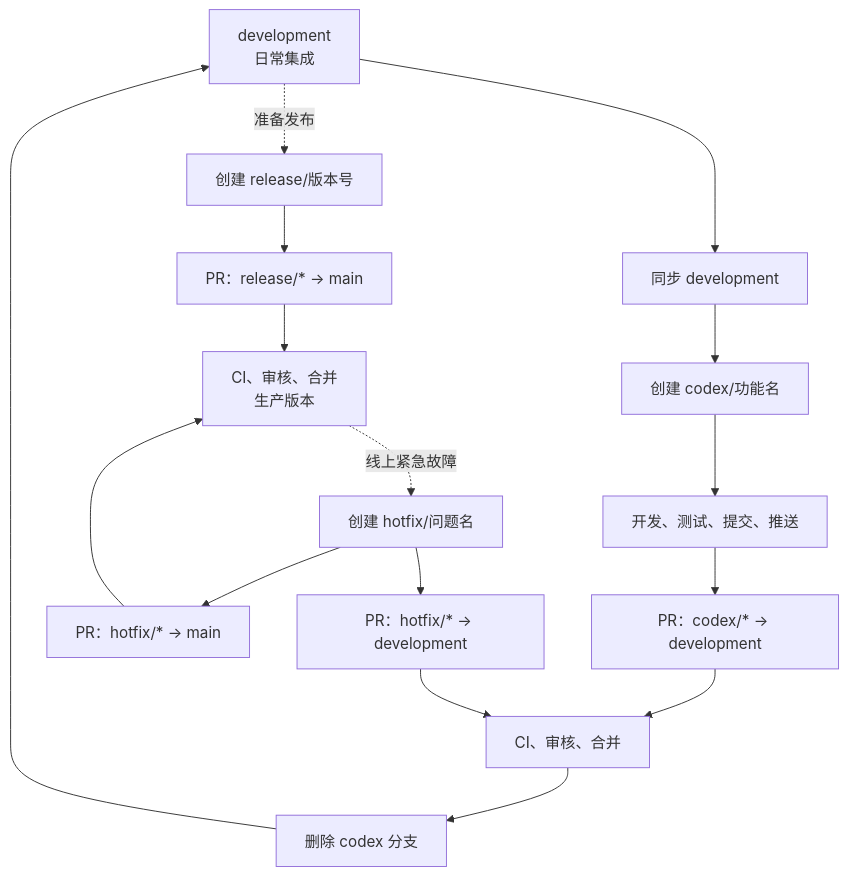
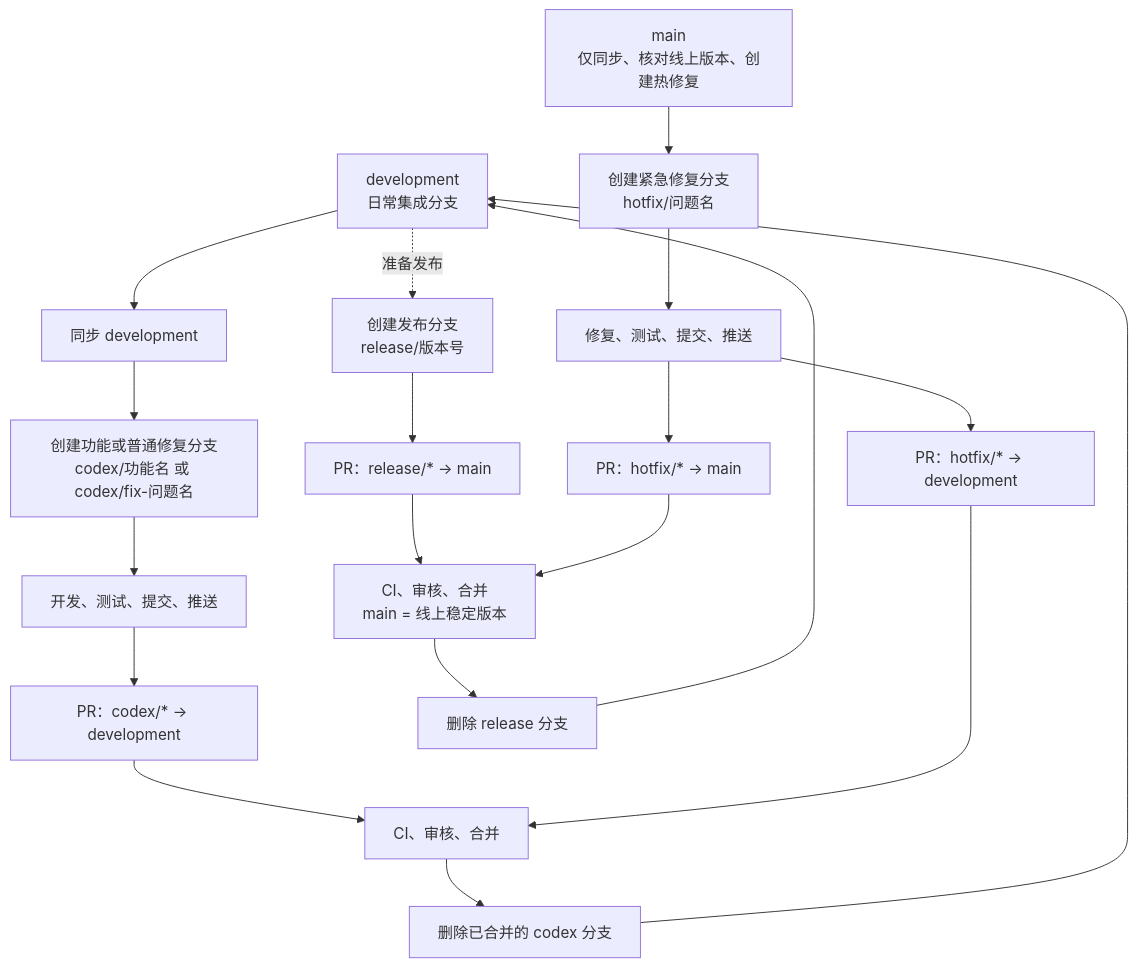
The first of 3 diagrams in docs/git-workflow.md (henuymy/auto_prefect), drawn with Mermaid before and after one commit. The commit also changed other lines of this file and 83 other files, not shown here.

````diff
--- a/docs/git-workflow.md
+++ b/docs/git-workflow.md
@@ -19,20 +19,23 @@
 ```mermaid
 flowchart TD
-    DEV["development\n日常集成"] --> SYNC["同步 development"]
-    SYNC --> CODEX["创建 codex/功能名"]
-    CODEX --> WORK["开发、测试、提交、推送"]
-    WORK --> PRDEV["PR：codex/* → development"]
-    PRDEV --> MERGEDEV["CI、审核、合并"]
-    MERGEDEV --> CLEAN["删除 codex 分支"]
-    CLEAN --> DEV
+    DEV["development<br/>日常集成分支"] --> SYNC["同步 development"]
+    SYNC --> FEATURE["创建功能或普通修复分支<br/>codex/功能名 或 codex/fix-问题名"]
+    FEATURE --> WORK["开发、测试、提交、推送"]
+    WORK --> PR_DEV["PR：codex/* → development"]
+    PR_DEV --> MERGE_DEV["CI、审核、合并"]
+    MERGE_DEV --> CLEAN_FEATURE["删除已合并的 codex 分支"]
+    CLEAN_FEATURE --> DEV
 
-    DEV -. "准备发布" .-> RELEASE["创建 release/版本号"]
-    RELEASE --> PRMAIN["PR：release/* → main"]
-    PRMAIN --> MAIN["CI、审核、合并\n生产版本"]
+    DEV -. "准备发布" .-> RELEASE["创建发布分支<br/>release/版本号"]
+    RELEASE --> PR_MAIN["PR：release/* → main"]
+    PR_MAIN --> PROD["CI、审核、合并<br/>main = 线上稳定版本"]
+    PROD --> CLEAN_RELEASE["删除 release 分支"]
+    CLEAN_RELEASE --> DEV
 
-    MAIN -. "线上紧急故障" .-> HOTFIX["创建 hotfix/问题名"]
-    HOTFIX --> HOTMAIN["PR：hotfix/* → main"]
-    HOTFIX --> HOTDEV["PR：hotfix/* → development"]
-    HOTMAIN --> MAIN
-    HOTDEV --> MERGEDEV
+    MAIN["main<br/>仅同步、核对线上版本、创建热修复"] --> HOTFIX["创建紧急修复分支<br/>hotfix/问题名"]
+    HOTFIX --> FIX_WORK["修复、测试、提交、推送"]
+    FIX_WORK --> PR_HOT_MAIN["PR：hotfix/* → main"]
+    FIX_WORK --> PR_HOT_DEV["PR：hotfix/* → development"]
+    PR_HOT_MAIN --> PROD
+    PR_HOT_DEV --> MERGE_DEV
 ```
````
